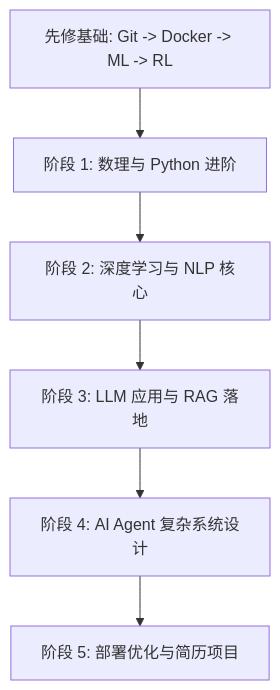
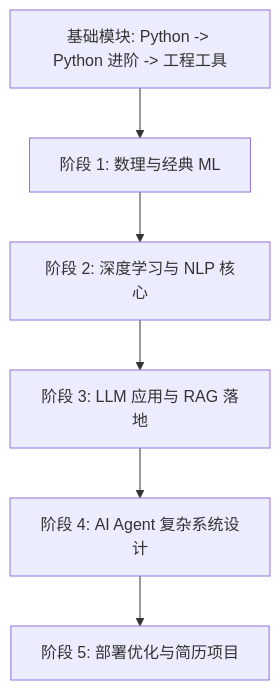
Before and after one commit to fireup14/AI_Agent: the diagram in ai_learning_roadmap.md, drawn with Mermaid. The commit also changed other lines of this file and 3 other files, not shown here.

````diff
--- a/ai_learning_roadmap.md
+++ b/ai_learning_roadmap.md
@@ -9,8 +9,8 @@
 ```mermaid
 graph TD
-    A[先修基础: Git -> Docker -> ML -> RL] --> B[阶段 1: 数理与 Python 进阶]
+    A[基础模块: Python -> Python 进阶 -> 工程工具] --> B[阶段 1: 数理与经典 ML]
     B --> C[阶段 2: 深度学习与 NLP 核心]
     C --> D[阶段 3: LLM 应用与 RAG 落地]
     D --> E[阶段 4: AI Agent 复杂系统设计]
     E --> F[阶段 5: 部署优化与简历项目]
 ```
````
